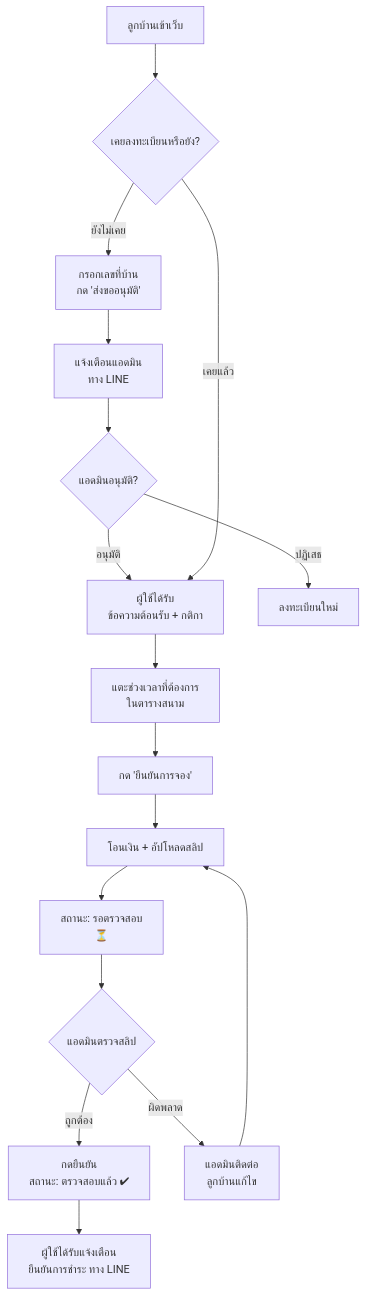
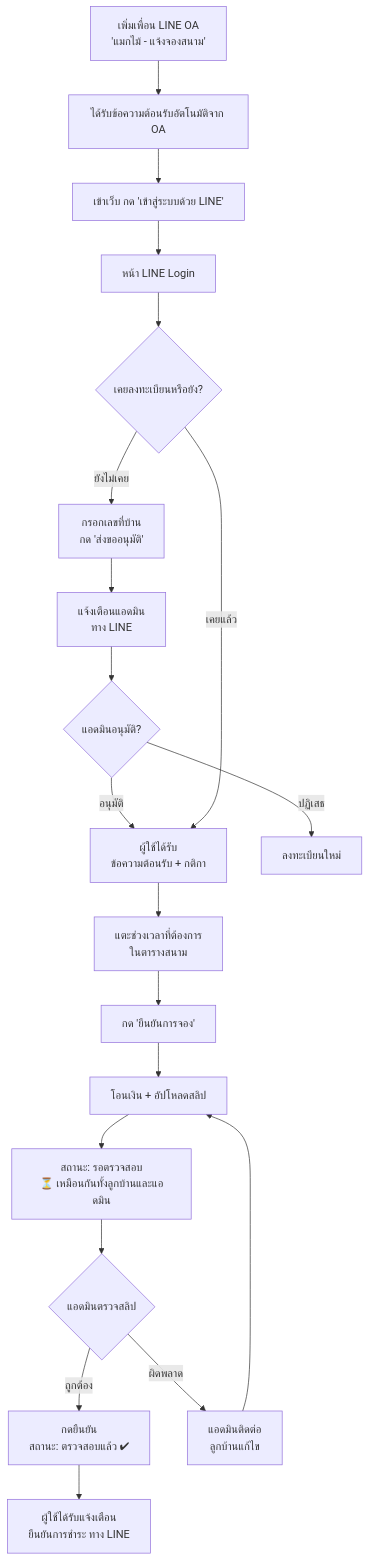
Before and after one commit to chumphola-coder/makmai-tennis-v2: the diagram in คู่มือการใช้งานโปรแกรมจองสนามเทนนิส.md, drawn with Mermaid. The commit also changed other lines of this file and 1 other file, not shown here.

````diff
--- a/คู่มือการใช้งานโปรแกรมจองสนามเทนนิส.md
+++ b/คู่มือการใช้งานโปรแกรมจองสนามเทนนิส.md
@@ -13,19 +13,22 @@
 ```mermaid
 flowchart TD
-    A[ลูกบ้านเข้าเว็บ] --> B{เคยลงทะเบียนหรือยัง?}
+    A0[เพิ่มเพื่อน LINE OA<br>'แมกไม้ - แจ้งจองสนาม'] --> A1[ได้รับข้อความต้อนรับอัตโนมัติจาก OA]
+    A1 --> A[เข้าเว็บ กด 'เข้าสู่ระบบด้วย LINE']
+    A --> LG[หน้า LINE Login]
+    LG --> B{เคยลงทะเบียนหรือยัง?}
     B -- ยังไม่เคย --> C[กรอกเลขที่บ้าน<br>กด 'ส่งขออนุมัติ']
     C --> D[แจ้งเตือนแอดมิน<br>ทาง LINE]
     D --> E{แอดมินอนุมัติ?}
     E -- อนุมัติ --> F[ผู้ใช้ได้รับ<br>ข้อความต้อนรับ + กติกา]
     E -- ปฏิเสธ --> Z[ลงทะเบียนใหม่]
     B -- เคยแล้ว --> F
     F --> G[แตะช่วงเวลาที่ต้องการ<br>ในตารางสนาม]
     G --> H[กด 'ยืนยันการจอง']
     H --> I[โอนเงิน + อัปโหลดสลิป]
-    I --> J[สถานะ: รอตรวจสอบ<br>⏳]
+    I --> J[สถานะ: รอตรวจสอบ<br>⏳ เหมือนกันทั้งลูกบ้านและแอดมิน]
     J --> K{แอดมินตรวจสลิป}
     K -- ถูกต้อง --> L[กดยืนยัน<br>สถานะ: ตรวจสอบแล้ว ✔]
     K -- ผิดพลาด --> M[แอดมินติดต่อ<br>ลูกบ้านแก้ไข]
     L --> N[ผู้ใช้ได้รับแจ้งเตือน<br>ยืนยันการชำระ ทาง LINE]
     M --> I
 ```
````
